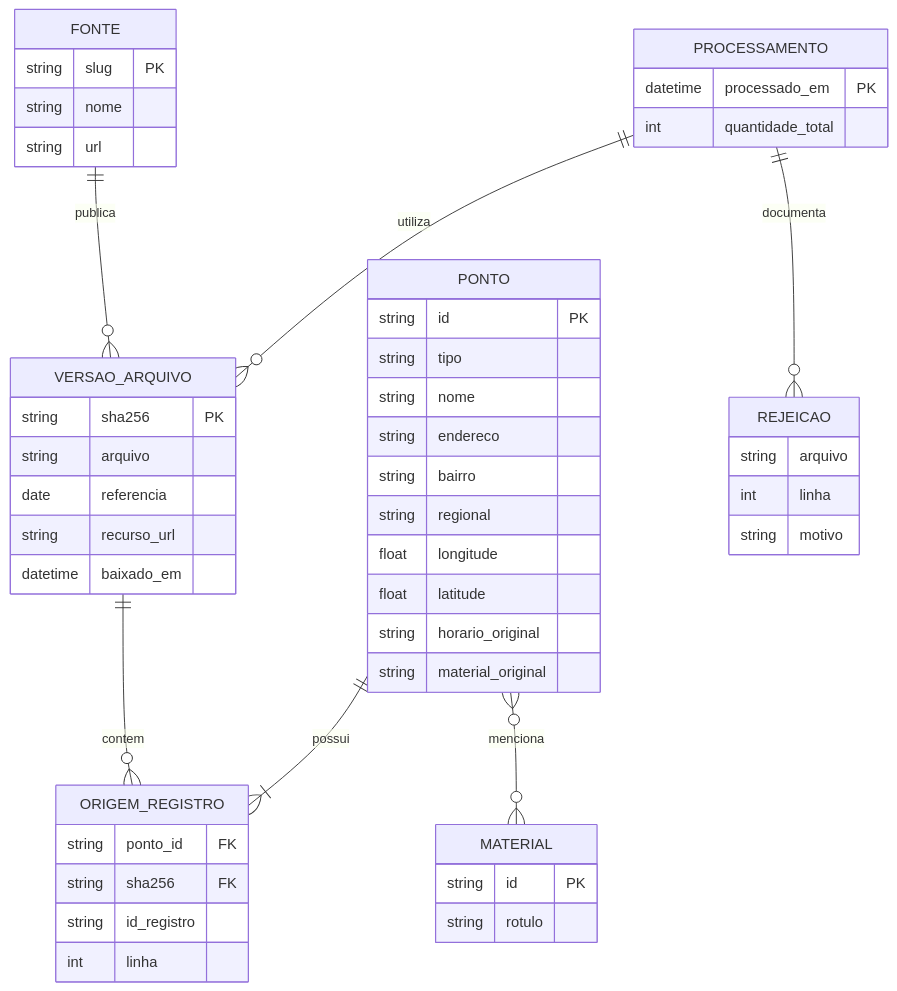
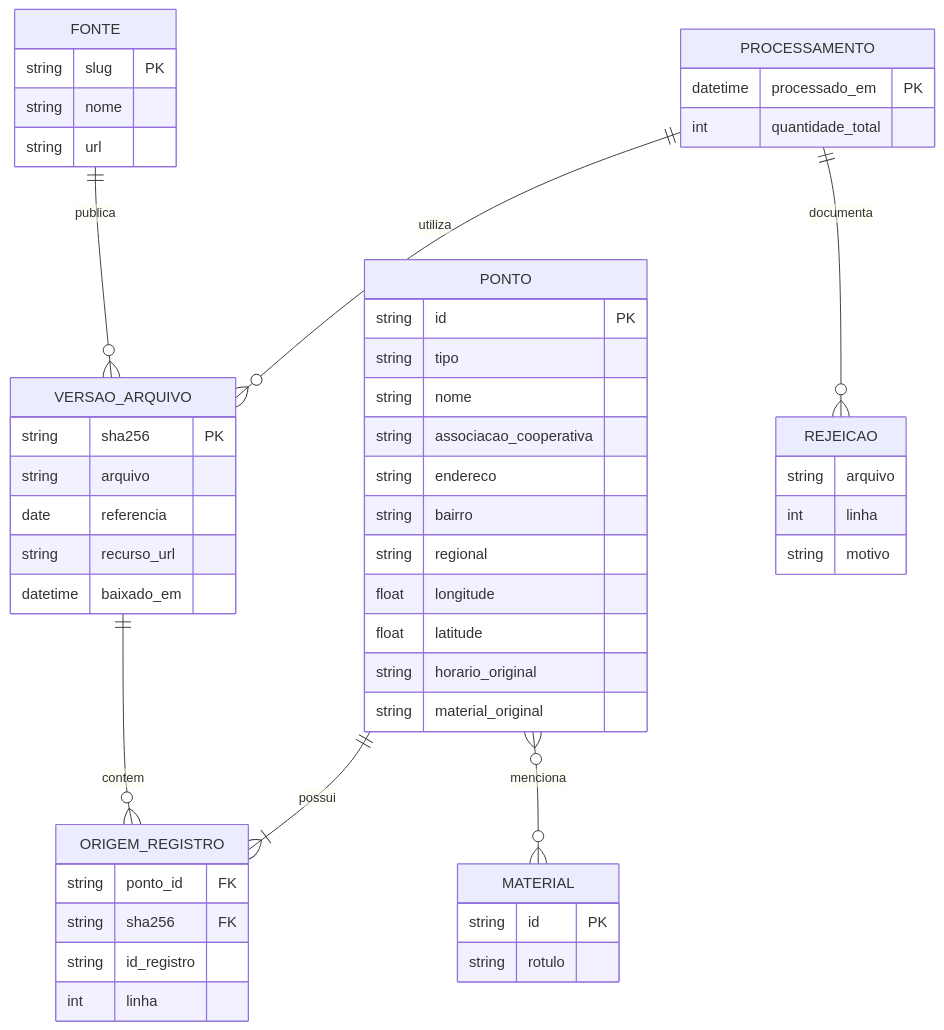
Before and after one commit to guilhermecvieiraa/descarteBH_trabalhoOTI: the diagram in DOCUMENTACAO.md, drawn with Mermaid. The commit also changed other lines of this file and 18 other files, not shown here.

````diff
--- a/DOCUMENTACAO.md
+++ b/DOCUMENTACAO.md
@@ -32,16 +32,16 @@
 ```mermaid
 erDiagram
   FONTE ||--o{ VERSAO_ARQUIVO : publica
   VERSAO_ARQUIVO ||--o{ ORIGEM_REGISTRO : contem
   PONTO ||--|{ ORIGEM_REGISTRO : possui
   PONTO }o--o{ MATERIAL : menciona
   PROCESSAMENTO ||--o{ VERSAO_ARQUIVO : utiliza
   PROCESSAMENTO ||--o{ REJEICAO : documenta
   FONTE { string slug PK string nome string url }
   VERSAO_ARQUIVO { string sha256 PK string arquivo date referencia string recurso_url datetime baixado_em }
-  PONTO { string id PK string tipo string nome string endereco string bairro string regional float longitude float latitude string horario_original string material_original }
+  PONTO { string id PK string tipo string nome string associacao_cooperativa string endereco string bairro string regional float longitude float latitude string horario_original string material_original }
   ORIGEM_REGISTRO { string ponto_id FK string sha256 FK string id_registro int linha }
   MATERIAL { string id PK string rotulo }
   PROCESSAMENTO { datetime processado_em PK int quantidade_total }
   REJEICAO { string arquivo int linha string motivo }
 ```
````
